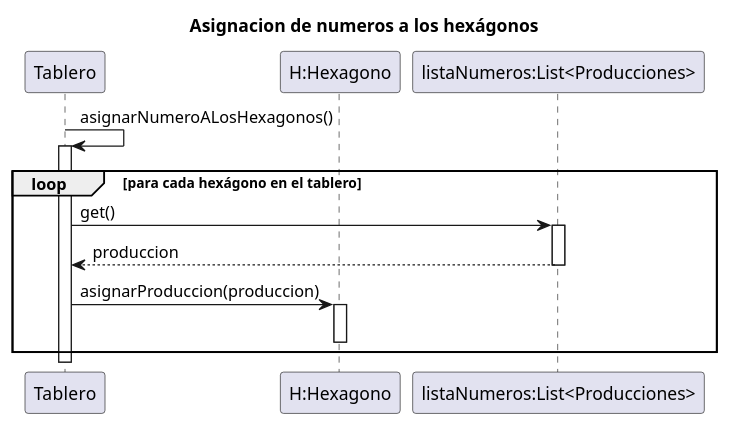
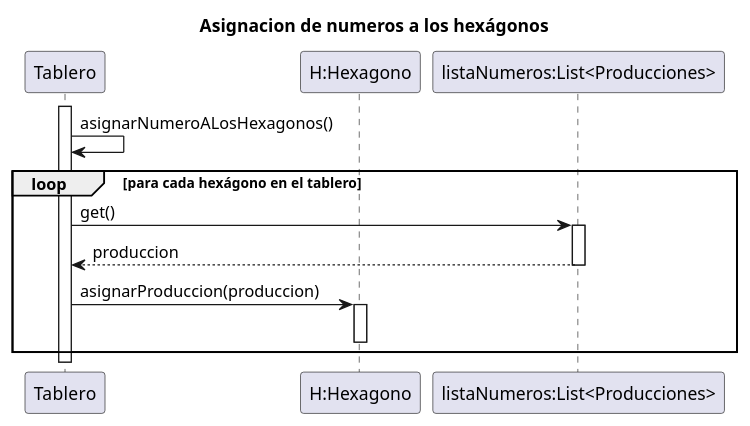
One commit to gonzamoran/TP_Paradigmas changed the diagram in diagrams/sequences/creacionDelTablero/03asignacionDeNumeros.puml. Above: the diagram before and after it, drawn with PlantUML. The commit also changed other lines of this file and 20 other files, not shown here.

Commit message:
Todas las cartas de desarrollo implementadas, gran caballeria implementada, avance de interfaz y de diagramas.

```diff
--- a/diagrams/sequences/creacionDelTablero/03asignacionDeNumeros.puml
+++ b/diagrams/sequences/creacionDelTablero/03asignacionDeNumeros.puml
@@ -1,25 +1,25 @@
 @startuml asignacionDeNumeros
 
 title Asignacion de numeros a los hexágonos
 
 participant Tablero
 ' participant "Hexagonos:List<>" as ListHexagonos
 participant "H:Hexagono" as Hexagono 
 participant "listaNumeros:List<Producciones>" as ListaProducciones
 
+activate Tablero
 Tablero -> Tablero: asignarNumeroALosHexagonos()
-activate Tablero
 
 loop para cada hexágono en el tablero
 
     Tablero -> ListaProducciones: get()
     activate ListaProducciones
     ListaProducciones --> Tablero: produccion
     deactivate ListaProducciones
 
     Tablero -> Hexagono: asignarProduccion(produccion)
     activate Hexagono
     deactivate Hexagono
 end
 
 @enduml
```
